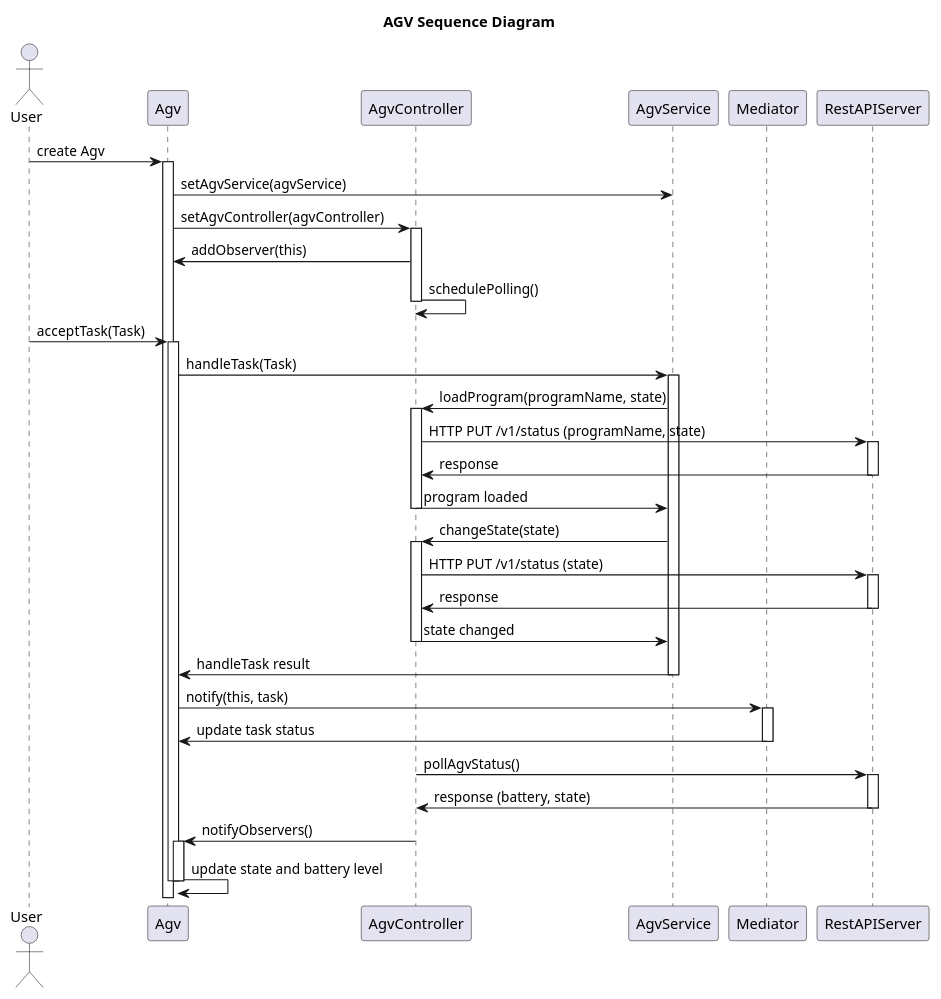
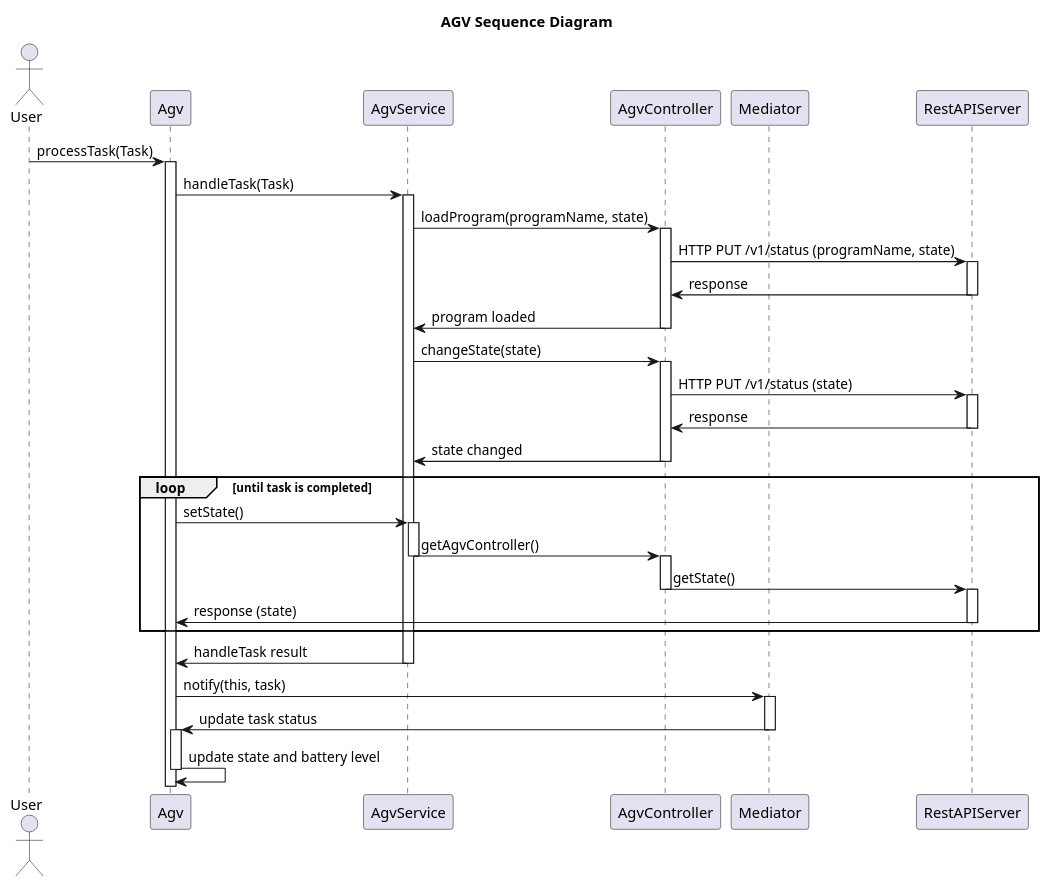
The diagram in diagrams/agv sequence.puml (rasmusgrowup/bobbyprod), drawn with PlantUML before and after one commit. The commit also changed 2 other files, not shown here.

Commit message:
Diagrams for report refactor

```diff
--- a/diagrams/agv sequence.puml
+++ b/diagrams/agv sequence.puml
@@ -1,57 +1,55 @@
 @startuml
 title AGV Sequence Diagram
 actor User
 participant Agv
+participant AgvService
 participant AgvController
-participant AgvService
 participant Mediator
 participant RestAPIServer
 
-User -> Agv: create Agv
-activate Agv
-Agv -> AgvService: setAgvService(agvService)
-Agv -> AgvController: setAgvController(agvController)
-activate AgvController
-AgvController -> Agv: addObserver(this)
-AgvController -> AgvController: schedulePolling()
-deactivate AgvController
 
-User -> Agv: acceptTask(Task)
+User -> Agv: processTask(Task)
 activate Agv
 Agv -> AgvService: handleTask(Task)
 activate AgvService
 AgvService -> AgvController: loadProgram(programName, state)
 activate AgvController
 AgvController -> RestAPIServer: HTTP PUT /v1/status (programName, state)
 activate RestAPIServer
 RestAPIServer -> AgvController: response
 deactivate RestAPIServer
 AgvController -> AgvService: program loaded
 deactivate AgvController
 AgvService -> AgvController: changeState(state)
 activate AgvController
 AgvController -> RestAPIServer: HTTP PUT /v1/status (state)
 activate RestAPIServer
 RestAPIServer -> AgvController: response
 deactivate RestAPIServer
 AgvController -> AgvService: state changed
 deactivate AgvController
+
+loop until task is completed
+    Agv -> AgvService: setState()
+    activate AgvService
+    AgvService -> AgvController: getAgvController()
+    deactivate AgvService
+    activate AgvController
+    AgvController -> RestAPIServer: getState()
+    deactivate AgvController
+    activate RestAPIServer
+    RestAPIServer -> Agv: response (state)
+    deactivate RestAPIServer
+end
 AgvService -> Agv: handleTask result
 deactivate AgvService
 Agv -> Mediator: notify(this, task)
 activate Mediator
 Mediator -> Agv: update task status
 deactivate Mediator
-
-AgvController -> RestAPIServer: pollAgvStatus()
-activate RestAPIServer
-RestAPIServer -> AgvController: response (battery, state)
-deactivate RestAPIServer
-AgvController -> Agv: notifyObservers()
 activate Agv
 Agv -> Agv: update state and battery level
 deactivate Agv
 
-deactivate Agv
 
 @enduml
```
